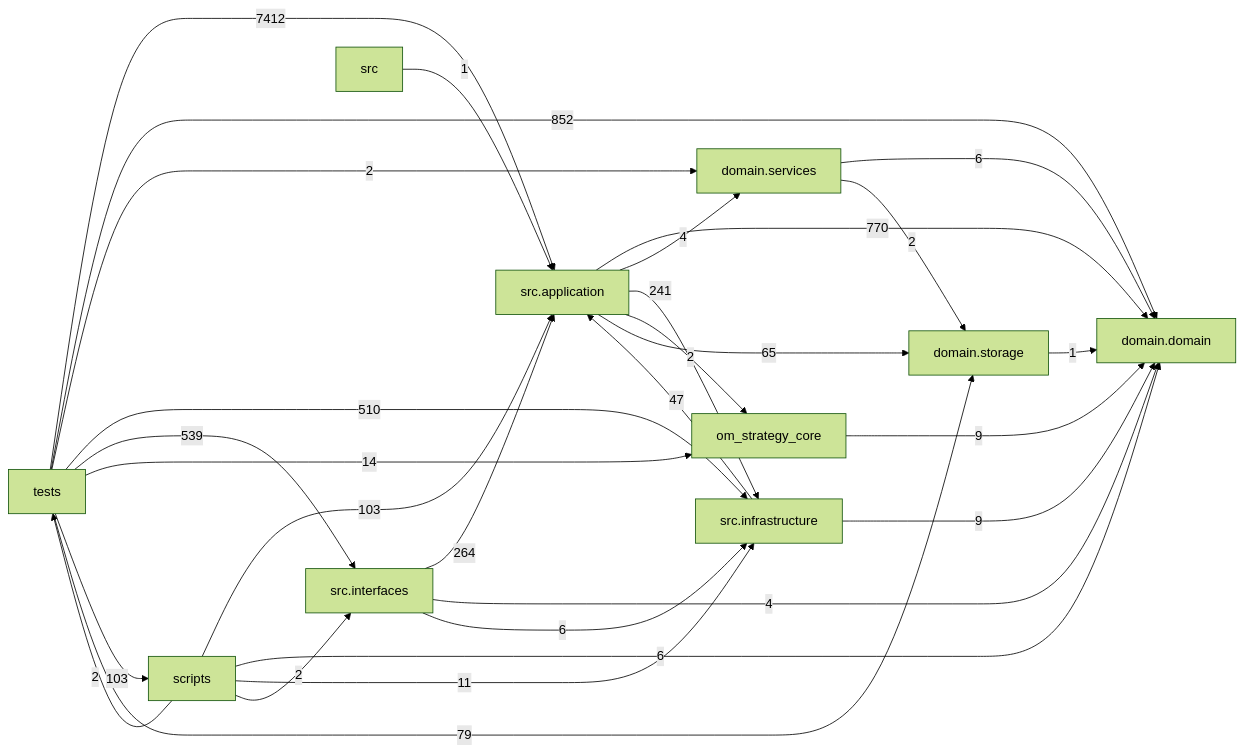
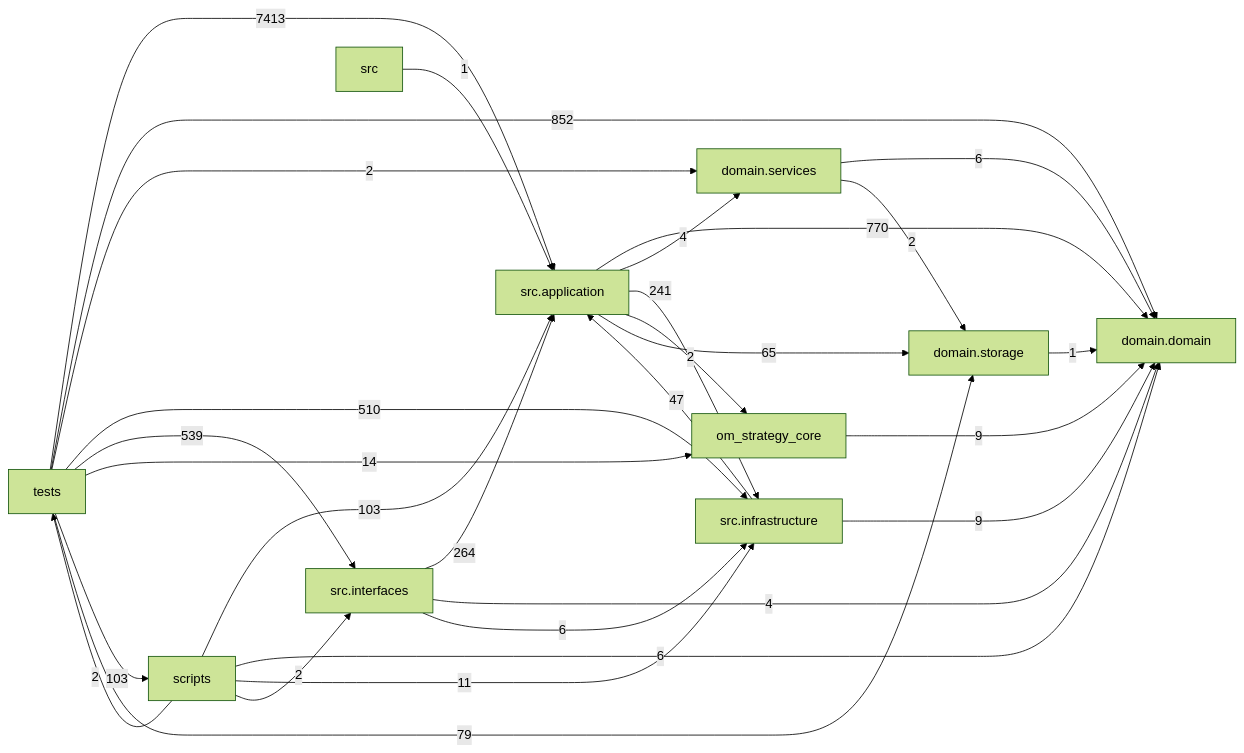
One commit to liuxie066/options-monitor changed the diagram in docs/DEPENDENCY_GRAPH.md. Above: the diagram before and after it, drawn with Mermaid (forest theme). The commit also changed other lines of this file and 1 other file, not shown here.

````diff
--- a/docs/DEPENDENCY_GRAPH.md
+++ b/docs/DEPENDENCY_GRAPH.md
@@ -24,39 +24,39 @@
 ```mermaid
 flowchart LR
   tests["tests"]
   scripts["scripts"]
   interfaces["src.interfaces"]
   application["src.application"]
   infrastructure["src.infrastructure"]
   domain_services["domain.services"]
   domain["domain.domain"]
   storage["domain.storage"]
   application -->|770| domain
   application -->|4| domain_services
   application -->|241| infrastructure
   application -->|2| om_strategy_core
   application -->|65| storage
   domain_services -->|6| domain
   domain_services -->|2| storage
   infrastructure -->|47| application
   infrastructure -->|9| domain
   interfaces -->|264| application
   interfaces -->|4| domain
   interfaces -->|6| infrastructure
   om_strategy_core -->|9| domain
   scripts -->|103| application
   scripts -->|6| domain
   scripts -->|11| infrastructure
   scripts -->|2| interfaces
   scripts -->|2| tests
   src -->|1| application
   storage -->|1| domain
-  tests -->|7412| application
+  tests -->|7413| application
   tests -->|852| domain
   tests -->|2| domain_services
   tests -->|510| infrastructure
   tests -->|539| interfaces
   tests -->|14| om_strategy_core
   tests -->|103| scripts
   tests -->|79| storage
 ```
````
